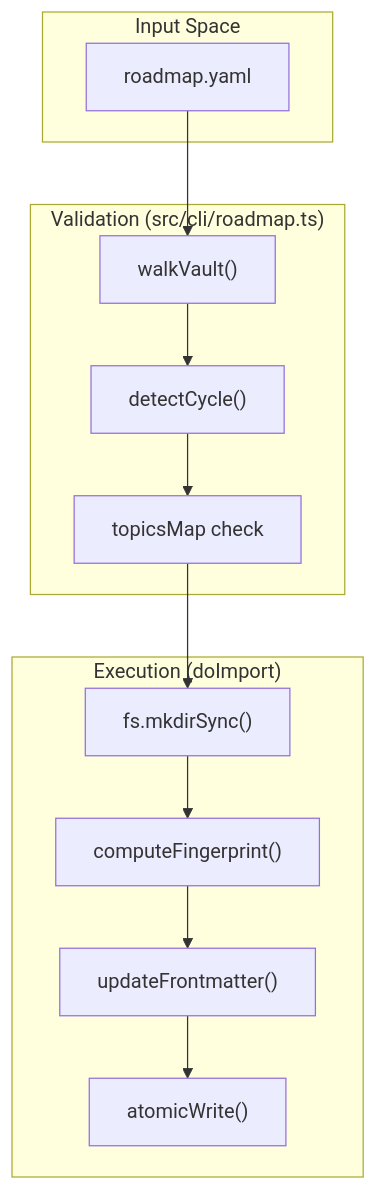
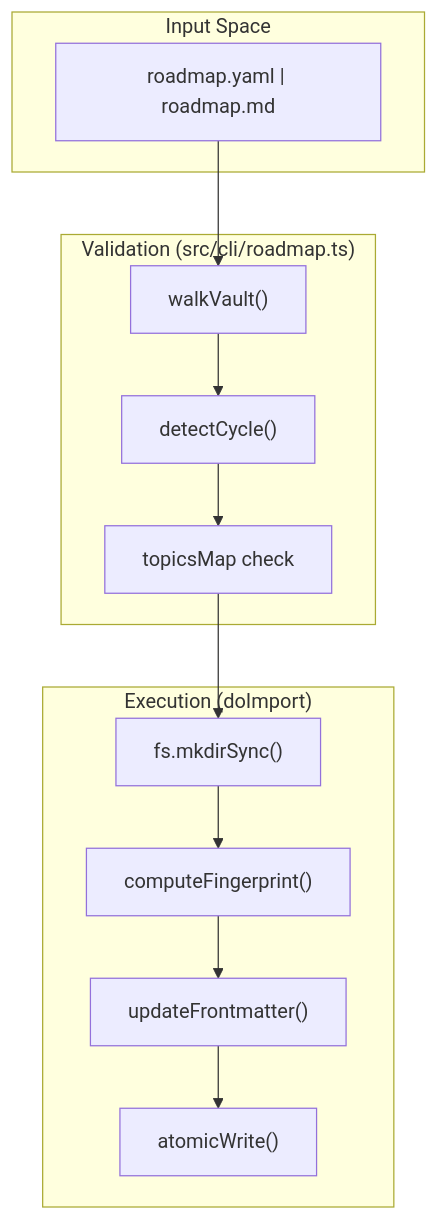
The second of 2 diagrams in docs/02-1-topic-management-commands.md (Kuldeep2822k/cli), drawn with Mermaid before and after one commit. The commit also changed other lines of this file and 1 other file, not shown here.

Commit message:
docs(roadmap): update CLI command documentation for Markdown (.md) roadmap imports

````diff
--- a/docs/02-1-topic-management-commands.md
+++ b/docs/02-1-topic-management-commands.md
@@ -82,24 +128,24 @@
 ```mermaid
 flowchart TD
     subgraph subGraph2 ["Execution (doImport)"]
         I1["fs.mkdirSync()"]
         I2["computeFingerprint()"]
         I3["updateFrontmatter()"]
         I4["atomicWrite()"]
     end
     subgraph subGraph1 ["Validation (src/cli/roadmap.ts)"]
         V1["walkVault()"]
         V2["detectCycle()"]
         V3["topicsMap check"]
     end
     subgraph subGraph0 ["Input Space"]
-        Y["roadmap.yaml"]
+        Y["roadmap.yaml | roadmap.md"]
     end
     Y --> V1
     V1 --> V2
     V2 --> V3
     V3 --> I1
     I1 --> I2
     I2 --> I3
     I3 --> I4
 ```
````
